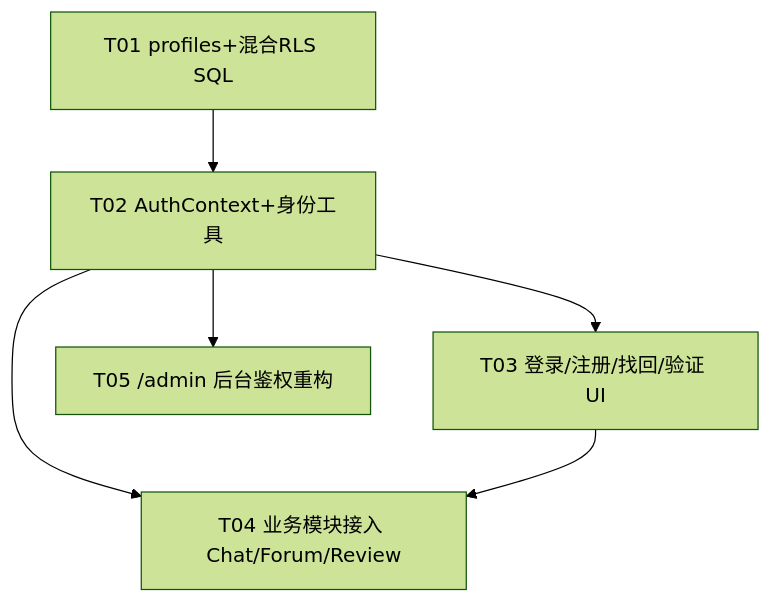
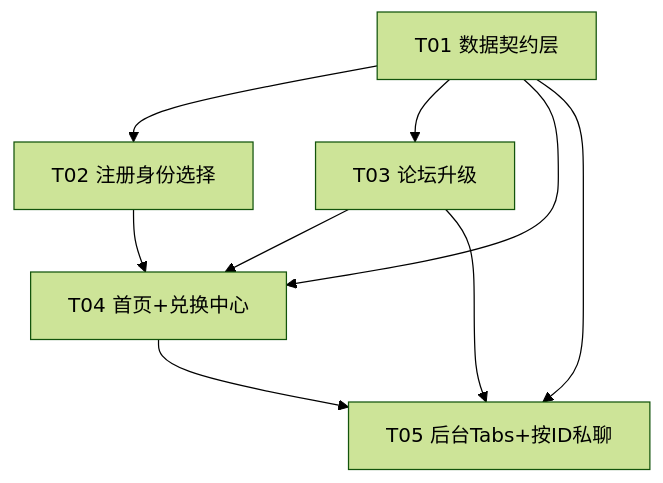
The seventh of 7 diagrams in docs/system_design.md (x3389675386-crypto/mingdaoge), drawn with Mermaid (forest theme) before and after one commit. The commit also changed other lines of this file and 35 other files, not shown here.

````diff
--- a/docs/system_design.md
+++ b/docs/system_design.md
@@ -517,8 +435,16 @@
 ```mermaid
 graph TD
-    T01[T01 profiles+混合RLS SQL] --> T02[T02 AuthContext+身份工具]
-    T02 --> T03[T03 登录/注册/找回/验证 UI]
-    T02 --> T04[T04 业务模块接入 Chat/Forum/Review]
-    T02 --> T05[T05 /admin 后台鉴权重构]
+    T01[T01 数据契约层]
+    T02[T02 注册身份选择]
+    T03[T03 论坛升级]
+    T04[T04 首页+兑换中心]
+    T05[T05 后台Tabs+按ID私聊]
+    T01 --> T02
+    T01 --> T03
+    T01 --> T04
+    T01 --> T05
+    T02 --> T04
     T03 --> T04
+    T03 --> T05
+    T04 --> T05
 ```
````
